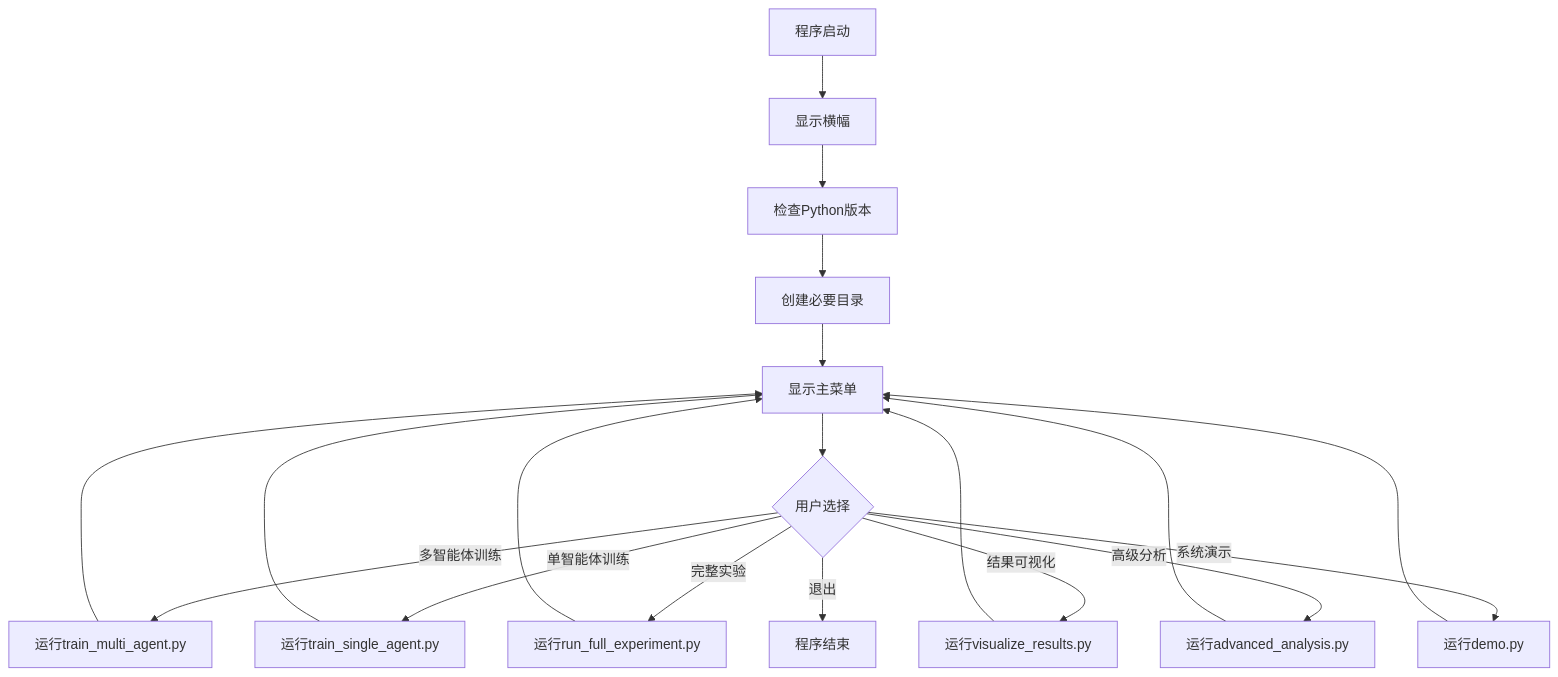
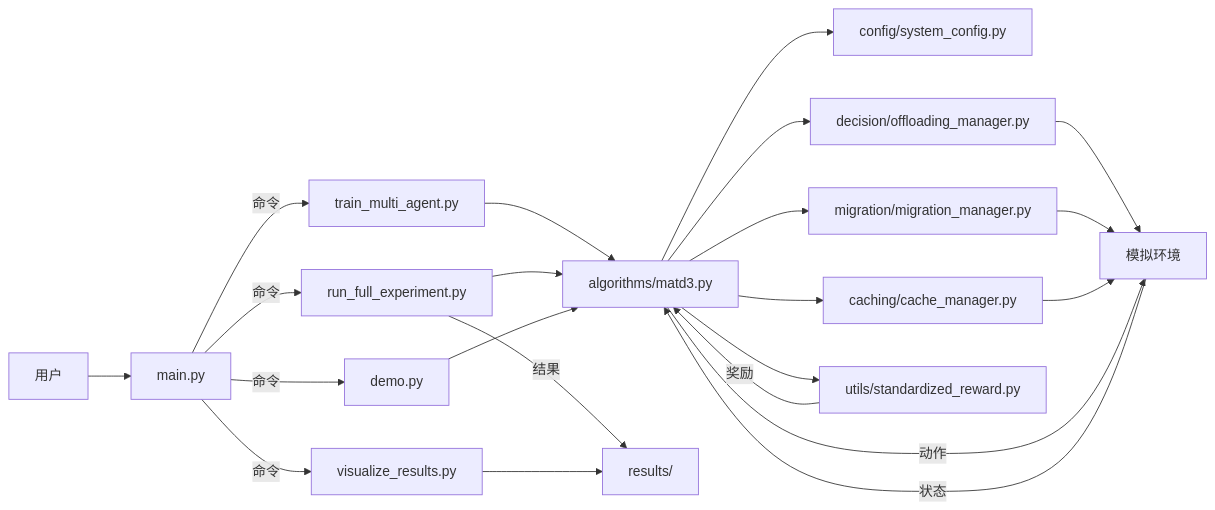
The fifth of 5 diagrams in .qoder/repowiki/zh/content/项目概述.md (WeiY11/VEC_mig_caching), drawn with Mermaid before and after one commit. The commit also changed other lines of this file and 95 other files, not shown here.

Commit message:
更新训练结果保存功能，支持生成HTML报告和对比图表，提升报告的可读性和实用性。同时，增强`run_td3_vehicle_sweep.py`以支持更多车辆选项和实验时长，清理冗余代码以优化项目结构。

````diff
--- a/.qoder/repowiki/zh/content/项目概述.md
+++ b/.qoder/repowiki/zh/content/项目概述.md
@@ -250,21 +244,24 @@
 ```mermaid
-flowchart TD
-A[程序启动] --> B[显示横幅]
-B --> C[检查Python版本]
-C --> D[创建必要目录]
-D --> E[显示主菜单]
-E --> F{用户选择}
-F --> |多智能体训练| G[运行train_multi_agent.py]
-F --> |单智能体训练| H[运行train_single_agent.py]
-F --> |完整实验| I[运行run_full_experiment.py]
-F --> |结果可视化| J[运行visualize_results.py]
-F --> |高级分析| K[运行advanced_analysis.py]
-F --> |系统演示| L[运行demo.py]
-F --> |退出| M[程序结束]
-G --> E
-H --> E
-I --> E
-J --> E
-K --> E
-L --> E
+graph LR
+User[用户] --> Main[main.py]
+Main --> |命令| Train[train_multi_agent.py]
+Main --> |命令| Experiment[run_full_experiment.py]
+Main --> |命令| Visualize[visualize_results.py]
+Main --> |命令| Demo[demo.py]
+Train --> MATD3[algorithms/matd3.py]
+Experiment --> MATD3
+Demo --> MATD3
+MATD3 --> Config[config/system_config.py]
+MATD3 --> Decision[decision/offloading_manager.py]
+MATD3 --> Migration[migration/migration_manager.py]
+MATD3 --> Caching[caching/cache_manager.py]
+MATD3 --> Utils[utils/standardized_reward.py]
+Decision --> Environment[模拟环境]
+Migration --> Environment
+Caching --> Environment
+Environment --> |状态| MATD3
+MATD3 --> |动作| Environment
+Utils --> |奖励| MATD3
+Experiment --> |结果| Results[results/]
+Visualize --> Results
 ```
````
